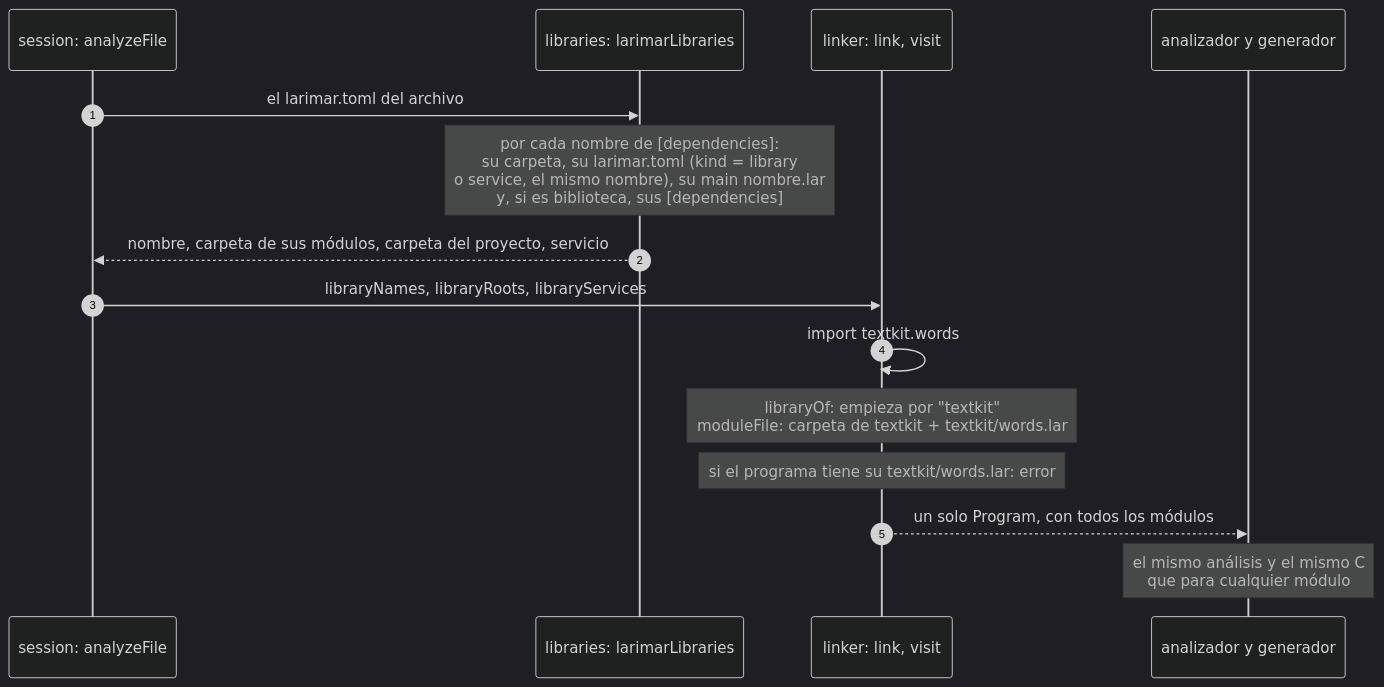
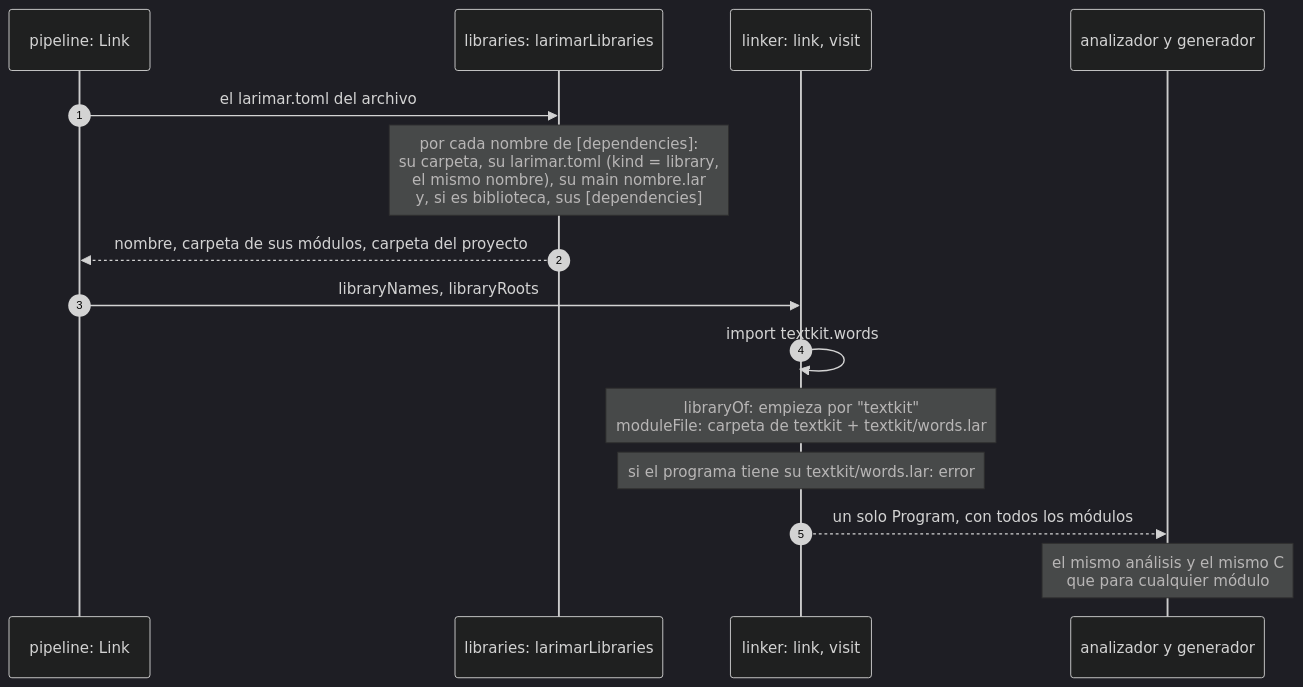
Before and after one commit to zerh/larimar: the second of 6 diagrams in docs/compiler-libraries.es.md, drawn with Mermaid (dark theme). The commit also changed other lines of this file and 263 other files, not shown here.

````diff
--- a/docs/compiler-libraries.es.md
+++ b/docs/compiler-libraries.es.md
@@ -81,18 +72,18 @@
 ```mermaid
 sequenceDiagram
     autonumber
-    participant S as session: analyzeFile
+    participant S as pipeline: Link
     participant L as libraries: larimarLibraries
     participant K as linker: link, visit
     participant A as analizador y generador
 
     S->>L: el larimar.toml del archivo
-    Note over L: por cada nombre de [dependencies]:<br/>su carpeta, su larimar.toml (kind = library<br/>o service, el mismo nombre), su main nombre.lar<br/>y, si es biblioteca, sus [dependencies]
-    L-->>S: nombre, carpeta de sus módulos, carpeta del proyecto, servicio
-    S->>K: libraryNames, libraryRoots, libraryServices
+    Note over L: por cada nombre de [dependencies]:<br/>su carpeta, su larimar.toml (kind = library,<br/>el mismo nombre), su main nombre.lar<br/>y, si es biblioteca, sus [dependencies]
+    L-->>S: nombre, carpeta de sus módulos, carpeta del proyecto
+    S->>K: libraryNames, libraryRoots
     K->>K: import textkit.words
     Note over K: libraryOf: empieza por "textkit"<br/>moduleFile: carpeta de textkit + textkit/words.lar
     Note over K: si el programa tiene su textkit/words.lar: error
     K-->>A: un solo Program, con todos los módulos
     Note over A: el mismo análisis y el mismo C<br/>que para cualquier módulo
 ```
````
